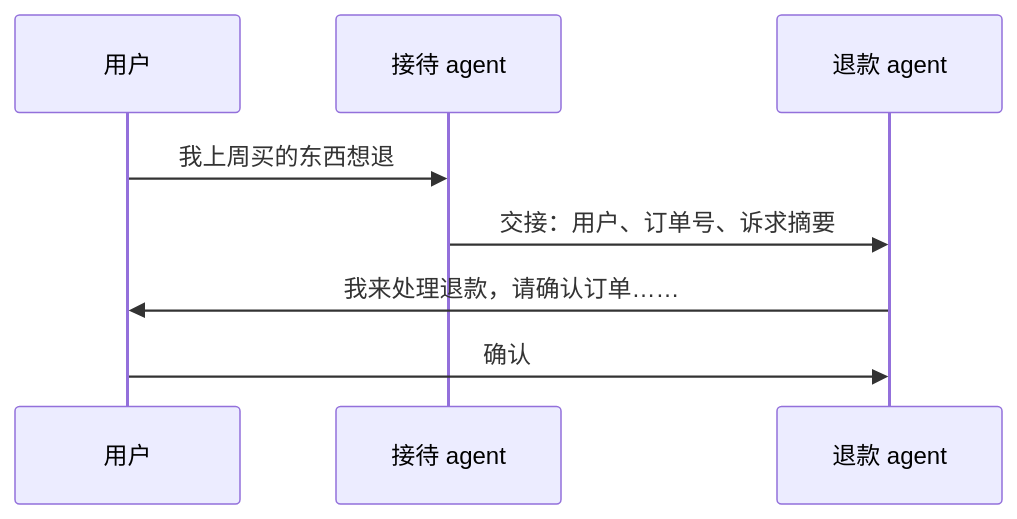
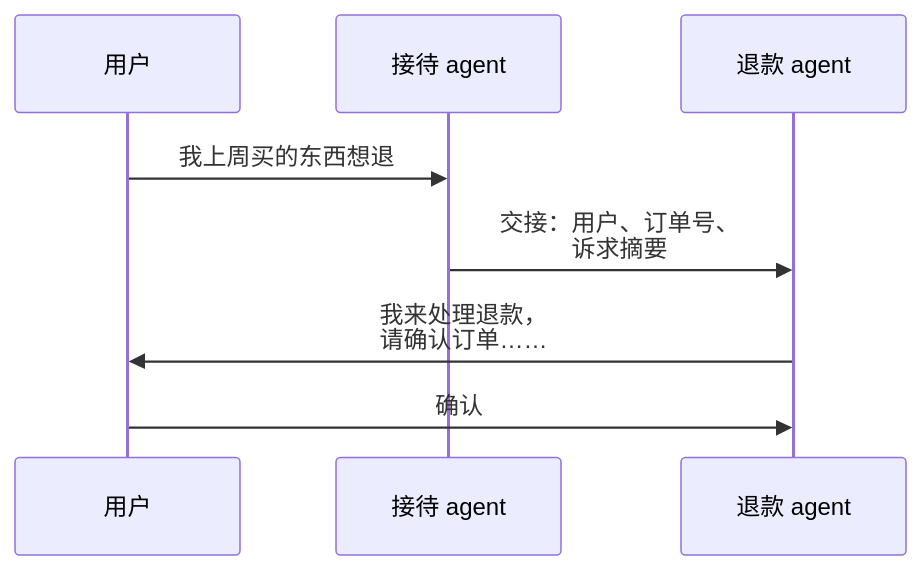
Before and after one commit to jarvis-pro/hatch-shelf: the fourth of 4 diagrams in books/multi-agent/02-orchestration-patterns.md, drawn with Mermaid. The commit also changed other lines of this file and 432 other files, not shown here.

````diff
--- a/books/multi-agent/02-orchestration-patterns.md
+++ b/books/multi-agent/02-orchestration-patterns.md
@@ -135,10 +135,10 @@
 ```mermaid
 sequenceDiagram
   participant U as 用户
   participant A as 接待 agent
   participant B as 退款 agent
   U->>A: 我上周买的东西想退
-  A->>B: 交接：用户、订单号、诉求摘要
-  B->>U: 我来处理退款，请确认订单……
+  A->>B: 交接：用户、订单号、<br/>诉求摘要
+  B->>U: 我来处理退款，<br/>请确认订单……
   U->>B: 确认
 ```
````
